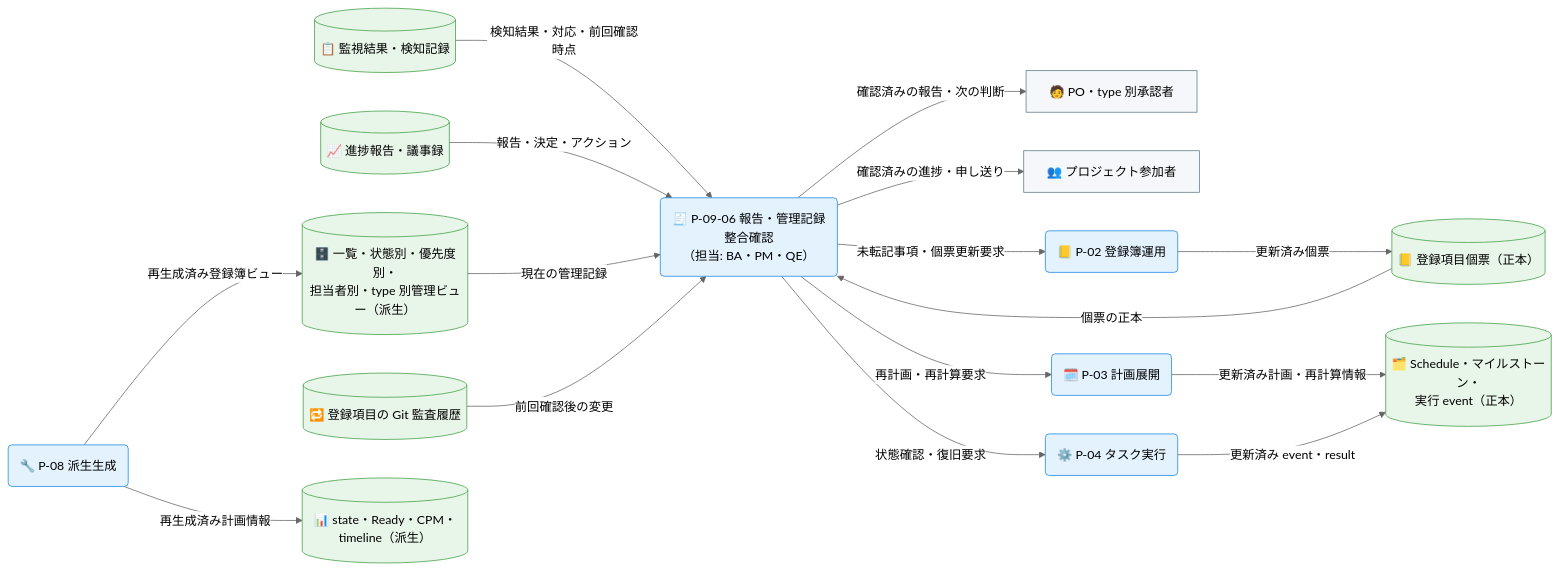
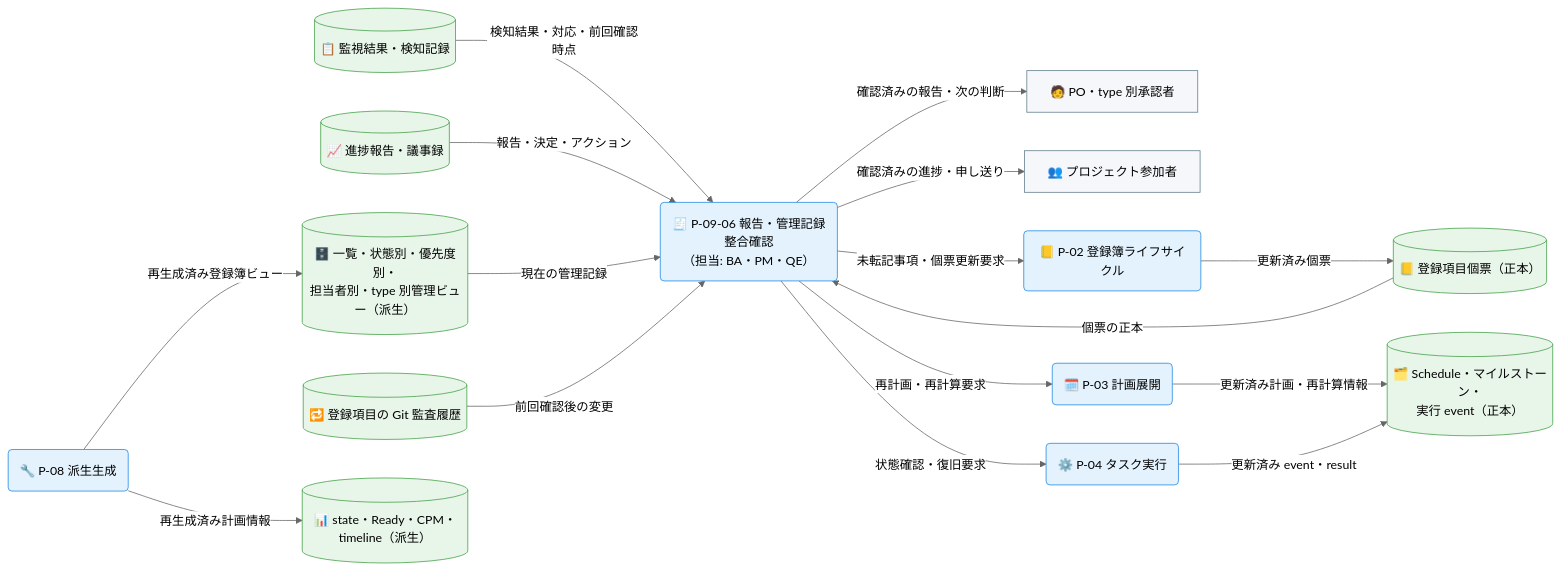
Before and after one commit to specdojo/specdojo: the second of 3 diagrams in docs/ja/product/010-business-specs/010-data-flow/cdfd-reporting.md, drawn with Mermaid (neutral theme). The commit also changed other lines of this file and 18 other files, not shown here.

First line of the commit message:
exec(T-DATA-FLOW-cdfd-overview-140): finalize cdfd-overview bootstrap

````diff
--- a/docs/ja/product/010-business-specs/010-data-flow/cdfd-reporting.md
+++ b/docs/ja/product/010-business-specs/010-data-flow/cdfd-reporting.md
@@ -143,46 +143,46 @@
 ```mermaid
 flowchart LR
   classDef process fill:#e3f2fd,stroke:#1e88e5,color:#000
   classDef store fill:#e8f5e9,stroke:#43a047,color:#000
   classDef actor fill:#f5f7fa,stroke:#607d8b,color:#000
 
   PO承認者["🧑 PO・type 別承認者"]
   プロジェクト参加者["👥 プロジェクト参加者"]
 
   報告管理記録整合確認("🧾 P-09-06 報告・管理記録整合確認<br>（担当: BA・PM・QE）")
 
-  登録簿運用("📒 P-02 登録簿運用")
+  登録簿ライフサイクル("📒 P-02 登録簿ライフサイクル")
   計画展開("🗓️ P-03 計画展開")
   タスク実行("⚙️ P-04 タスク実行")
   派生生成("🔧 P-08 派生生成")
 
   監視結果[("📋 監視結果・検知記録")]
   報告記録[("📈 進捗報告・議事録")]
   登録項目個票[("📒 登録項目個票（正本）")]
   登録簿管理ビュー[("🗄️ 一覧・状態別・優先度別・<br>担当者別・type 別管理ビュー（派生）")]
   Git監査履歴[("🔁 登録項目の Git 監査履歴")]
   Schedule実行正本[("🗂️ Schedule・マイルストーン・<br>実行 event（正本）")]
   計画派生情報[("📊 state・Ready・CPM・timeline（派生）")]
 
   監視結果 -->|"検知結果・対応・前回確認時点"| 報告管理記録整合確認
   報告記録 -->|"報告・決定・アクション"| 報告管理記録整合確認
   登録項目個票 -->|"個票の正本"| 報告管理記録整合確認
   登録簿管理ビュー -->|"現在の管理記録"| 報告管理記録整合確認
   Git監査履歴 -->|"前回確認後の変更"| 報告管理記録整合確認
 
-  報告管理記録整合確認 -->|"未転記事項・個票更新要求"| 登録簿運用
+  報告管理記録整合確認 -->|"未転記事項・個票更新要求"| 登録簿ライフサイクル
   報告管理記録整合確認 -->|"再計画・再計算要求"| 計画展開
   報告管理記録整合確認 -->|"状態確認・復旧要求"| タスク実行
   報告管理記録整合確認 -->|"確認済みの報告・次の判断"| PO承認者
   報告管理記録整合確認 -->|"確認済みの進捗・申し送り"| プロジェクト参加者
 
   派生生成 -->|"再生成済み計画情報"| 計画派生情報
   派生生成 -->|"再生成済み登録簿ビュー"| 登録簿管理ビュー
-  登録簿運用 -->|"更新済み個票"| 登録項目個票
+  登録簿ライフサイクル -->|"更新済み個票"| 登録項目個票
   計画展開 -->|"更新済み計画・再計算情報"| Schedule実行正本
   タスク実行 -->|"更新済み event・result"| Schedule実行正本
 
-  class 報告管理記録整合確認,登録簿運用,計画展開,タスク実行,派生生成 process
+  class 報告管理記録整合確認,登録簿ライフサイクル,計画展開,タスク実行,派生生成 process
   class 監視結果,報告記録,登録項目個票,登録簿管理ビュー,Git監査履歴,Schedule実行正本,計画派生情報 store
   class PO承認者,プロジェクト参加者 actor
 ```
````
